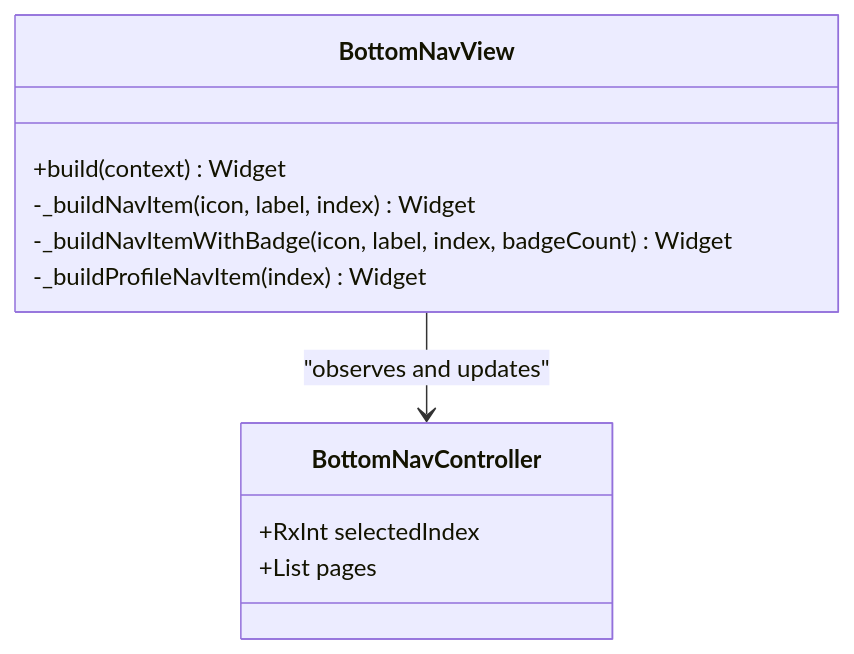
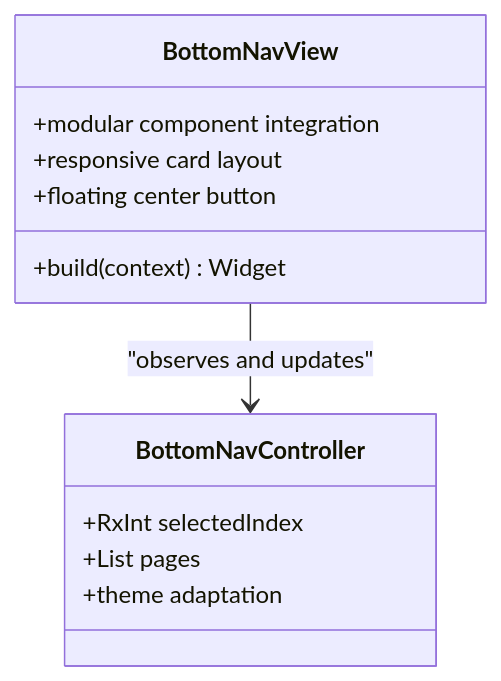
One commit to Ariful3111/FurniGo changed the third of 9 diagrams in .qoder/repowiki/en/content/Core Features/Dashboard and Navigation.md. Above: the diagram before and after it, drawn with Mermaid. The commit also changed other lines of this file and 11 other files, not shown here.

````diff
--- a/.qoder/repowiki/en/content/Core Features/Dashboard and Navigation.md
+++ b/.qoder/repowiki/en/content/Core Features/Dashboard and Navigation.md
@@ -128,14 +167,15 @@
 ```mermaid
 classDiagram
 class BottomNavView {
 +build(context) Widget
--_buildNavItem(icon, label, index) Widget
--_buildNavItemWithBadge(icon, label, index, badgeCount) Widget
--_buildProfileNavItem(index) Widget
++modular component integration
++responsive card layout
++floating center button
 }
 class BottomNavController {
 +RxInt selectedIndex
 +List pages
++theme adaptation
 }
 BottomNavView --> BottomNavController : "observes and updates"
 ```
````
